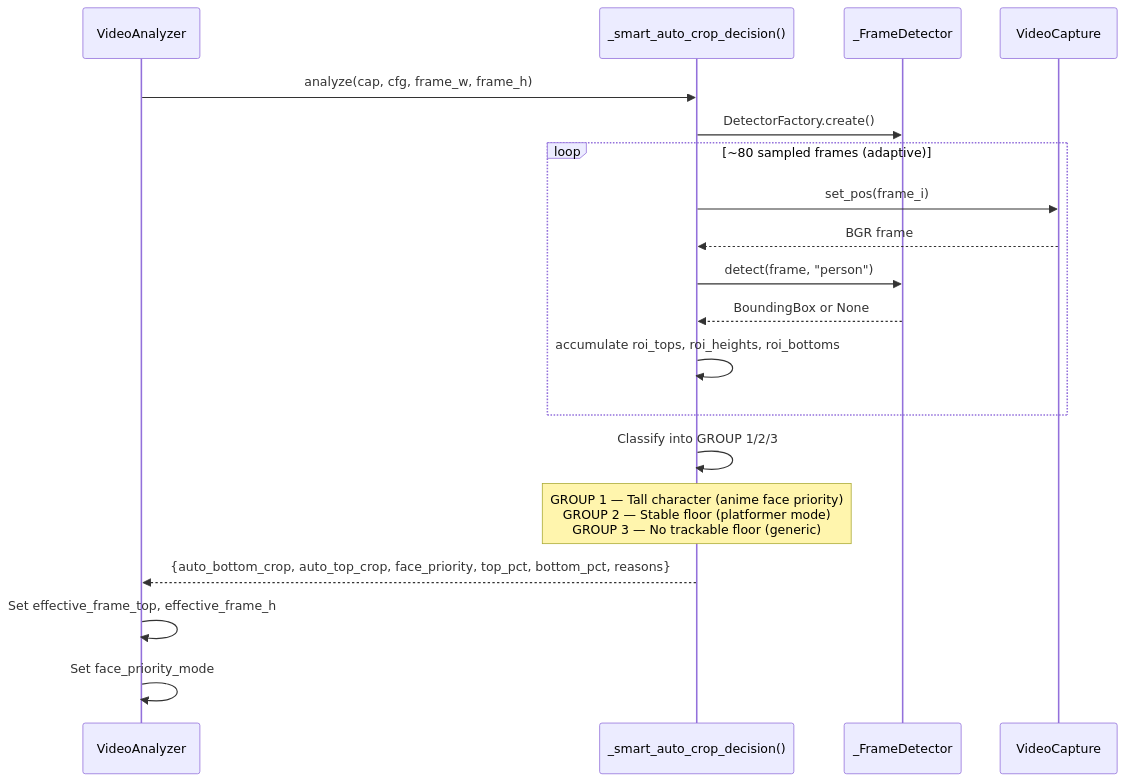
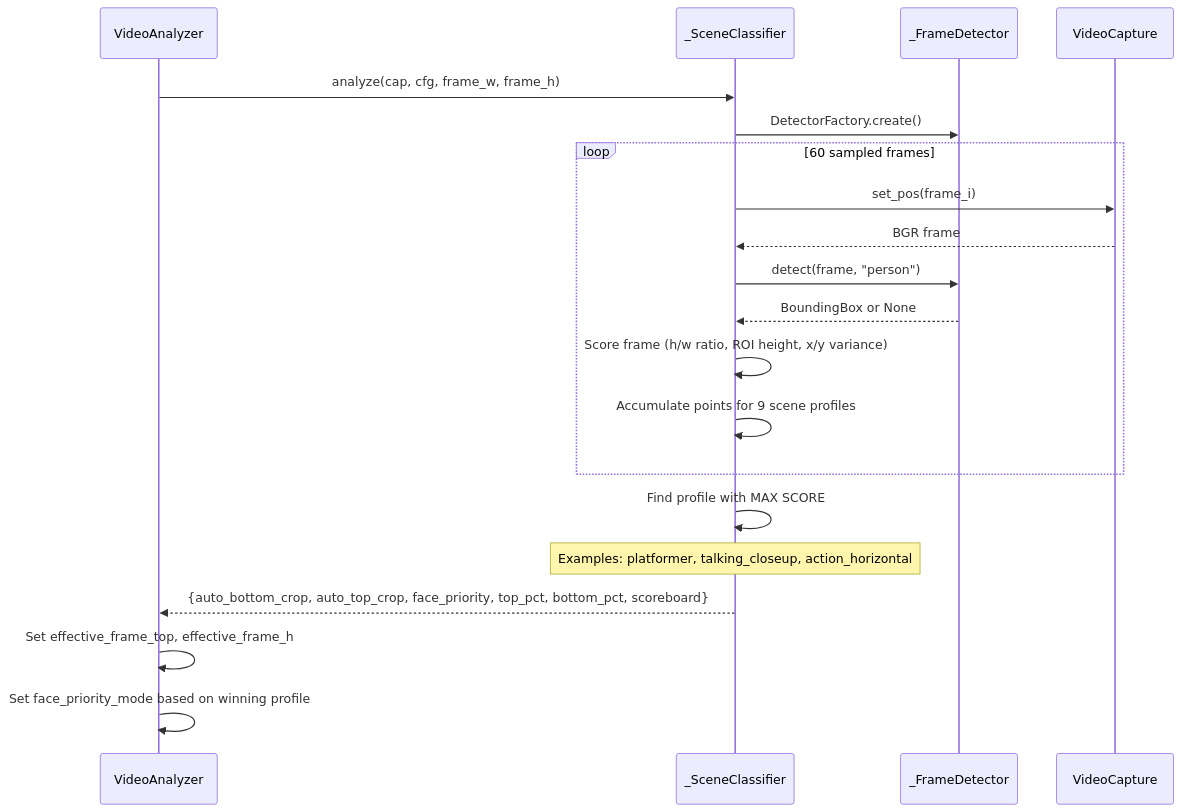
The sixth of 9 diagrams in ARCHITECTURE.md (red77290/dmd_gif_converter), drawn with Mermaid before and after one commit. The commit also changed other lines of this file and 8 other files, not shown here.

````diff
--- a/ARCHITECTURE.md
+++ b/ARCHITECTURE.md
@@ -612,22 +612,23 @@
 ```mermaid
 sequenceDiagram
     participant VA as VideoAnalyzer
-    participant SA as _smart_auto_crop_decision()
+    participant SC as _SceneClassifier
     participant DET as _FrameDetector
     participant CAP as VideoCapture
 
-    VA->>SA: analyze(cap, cfg, frame_w, frame_h)
-    SA->>DET: DetectorFactory.create()
-    loop ~80 sampled frames (adaptive)
-        SA->>CAP: set_pos(frame_i)
-        CAP-->>SA: BGR frame
-        SA->>DET: detect(frame, "person")
-        DET-->>SA: BoundingBox or None
-        SA->>SA: accumulate roi_tops, roi_heights, roi_bottoms
+    VA->>SC: analyze(cap, cfg, frame_w, frame_h)
+    SC->>DET: DetectorFactory.create()
+    loop 60 sampled frames
+        SC->>CAP: set_pos(frame_i)
+        CAP-->>SC: BGR frame
+        SC->>DET: detect(frame, "person")
+        DET-->>SC: BoundingBox or None
+        SC->>SC: Score frame (h/w ratio, ROI height, x/y variance)
+        SC->>SC: Accumulate points for 9 scene profiles
     end
-    SA->>SA: Classify into GROUP 1/2/3
-    Note over SA: GROUP 1 — Tall character (anime face priority)<br/>GROUP 2 — Stable floor (platformer mode)<br/>GROUP 3 — No trackable floor (generic)
-    SA-->>VA: {auto_bottom_crop, auto_top_crop, face_priority, top_pct, bottom_pct, reasons}
+    SC->>SC: Find profile with MAX SCORE
+    Note over SC: Examples: platformer, talking_closeup, action_horizontal
+    SC-->>VA: {auto_bottom_crop, auto_top_crop, face_priority, top_pct, bottom_pct, scoreboard}
     VA->>VA: Set effective_frame_top, effective_frame_h
-    VA->>VA: Set face_priority_mode
+    VA->>VA: Set face_priority_mode based on winning profile
 ```
````
